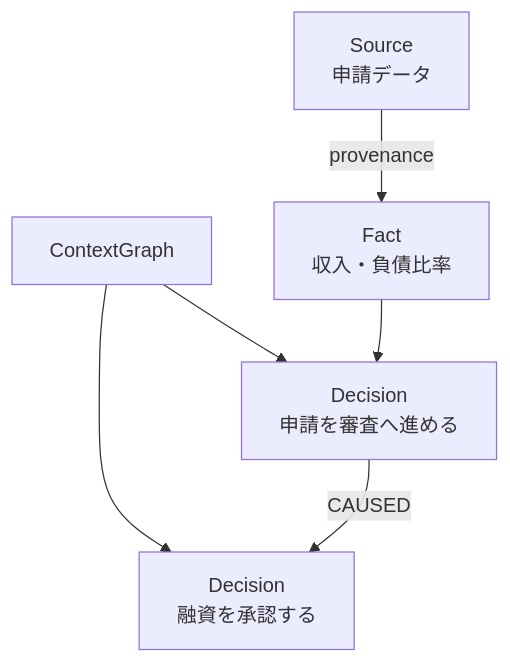
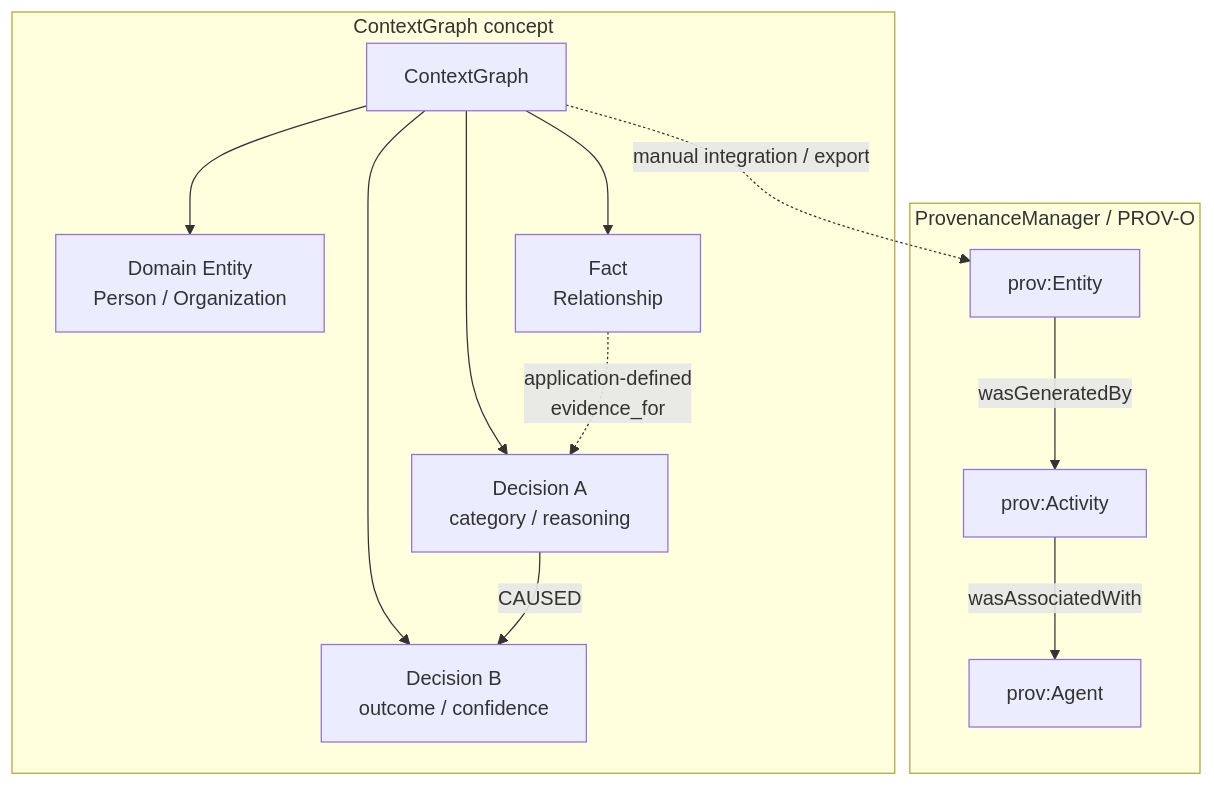
The second of 2 diagrams in articles/semantica_20260810.md (suwa-sh/zenn-contents), drawn with Mermaid before and after one commit. The commit also changed other lines of this file and 4 other files, not shown here.

````diff
--- a/articles/semantica_20260810.md
+++ b/articles/semantica_20260810.md
@@ -83,8 +84,16 @@
 ```mermaid
 flowchart TD
-    C["ContextGraph"] --> D1["Decision<br/>申請を審査へ進める"]
-    C --> D2["Decision<br/>融資を承認する"]
-    F1["Fact<br/>収入・負債比率"] --> D1
-    D1 -->|"CAUSED"| D2
-    S1["Source<br/>申請データ"] -->|"provenance"| F1
+    subgraph Context["ContextGraph concept"]
+        CG["ContextGraph"] --> D1["Decision A<br/>category / reasoning"]
+        CG --> D2["Decision B<br/>outcome / confidence"]
+        CG --> E["Domain Entity<br/>Person / Organization"]
+        CG --> F["Fact<br/>Relationship"]
+        F -.->|"application-defined<br/>evidence_for"| D1
+        D1 -->|"CAUSED"| D2
+    end
+    subgraph Provenance["ProvenanceManager / PROV-O"]
+        PE["prov:Entity"] -->|"wasGeneratedBy"| PA["prov:Activity"]
+        PA -->|"wasAssociatedWith"| PG["prov:Agent"]
+    end
+    CG -.->|"manual integration / export"| PE
 ```
````
